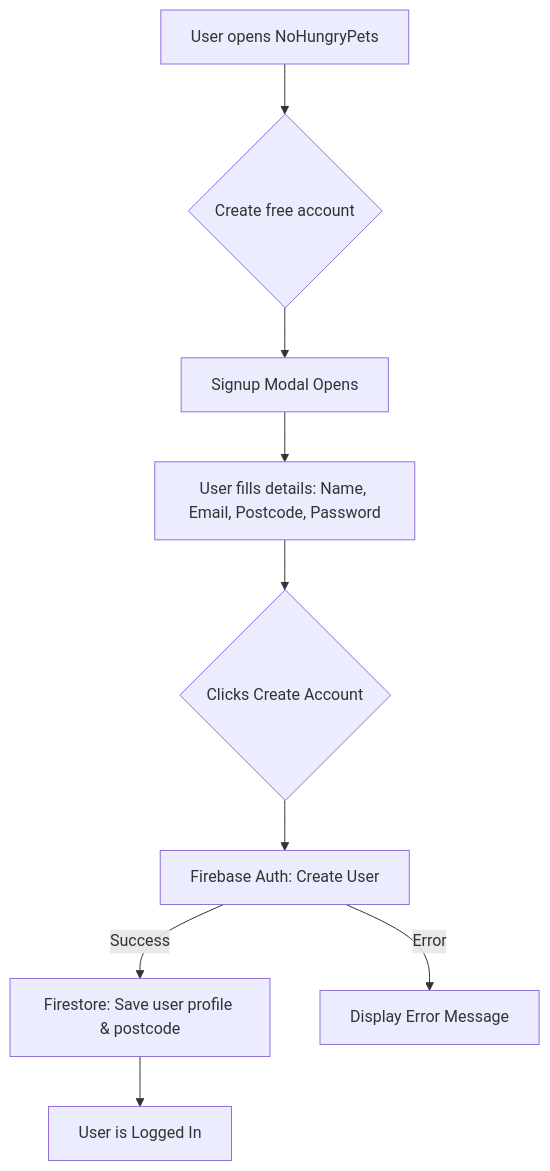
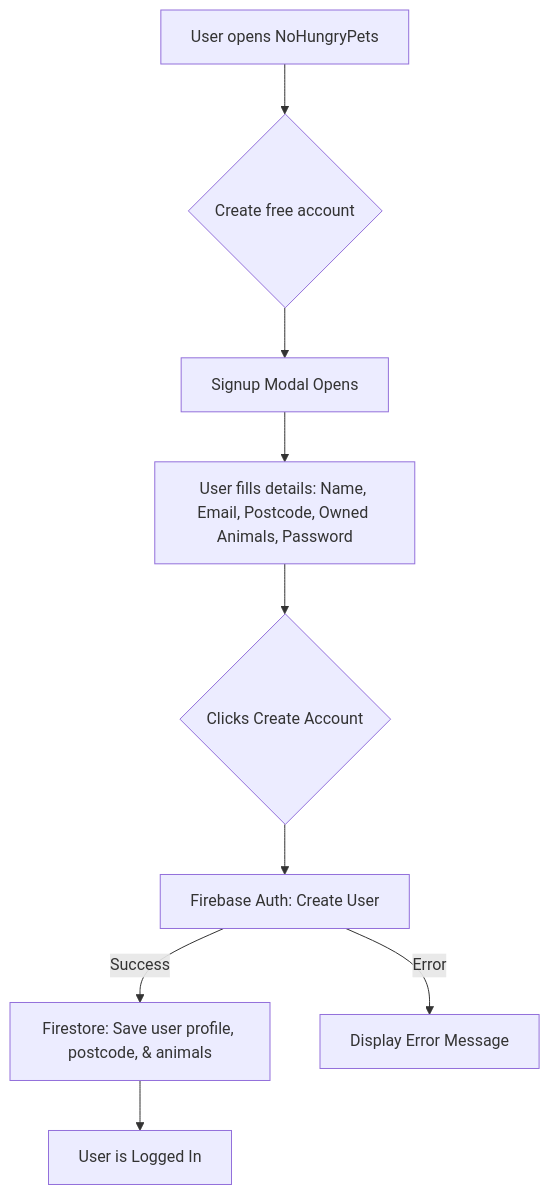
The diagram in README.md (agapasieka/nohungrypets), drawn with Mermaid before and after one commit.

Commit message:
docs: update signup flow diagram with owned animals

````diff
--- a/README.md
+++ b/README.md
@@ -43,11 +43,11 @@
 ```mermaid
 flowchart TD
     A[User opens NoHungryPets] --> B{Create free account}
     B --> C[Signup Modal Opens]
-    C --> D[User fills details: Name, Email, Postcode, Password]
+    C --> D[User fills details: Name, Email, Postcode, Owned Animals, Password]
     D --> E{Clicks Create Account}
     E --> F[Firebase Auth: Create User]
-    F -->|Success| G[Firestore: Save user profile & postcode]
+    F -->|Success| G[Firestore: Save user profile, postcode, & animals]
     G --> H[User is Logged In]
     F -->|Error| I[Display Error Message]
 ```
````
